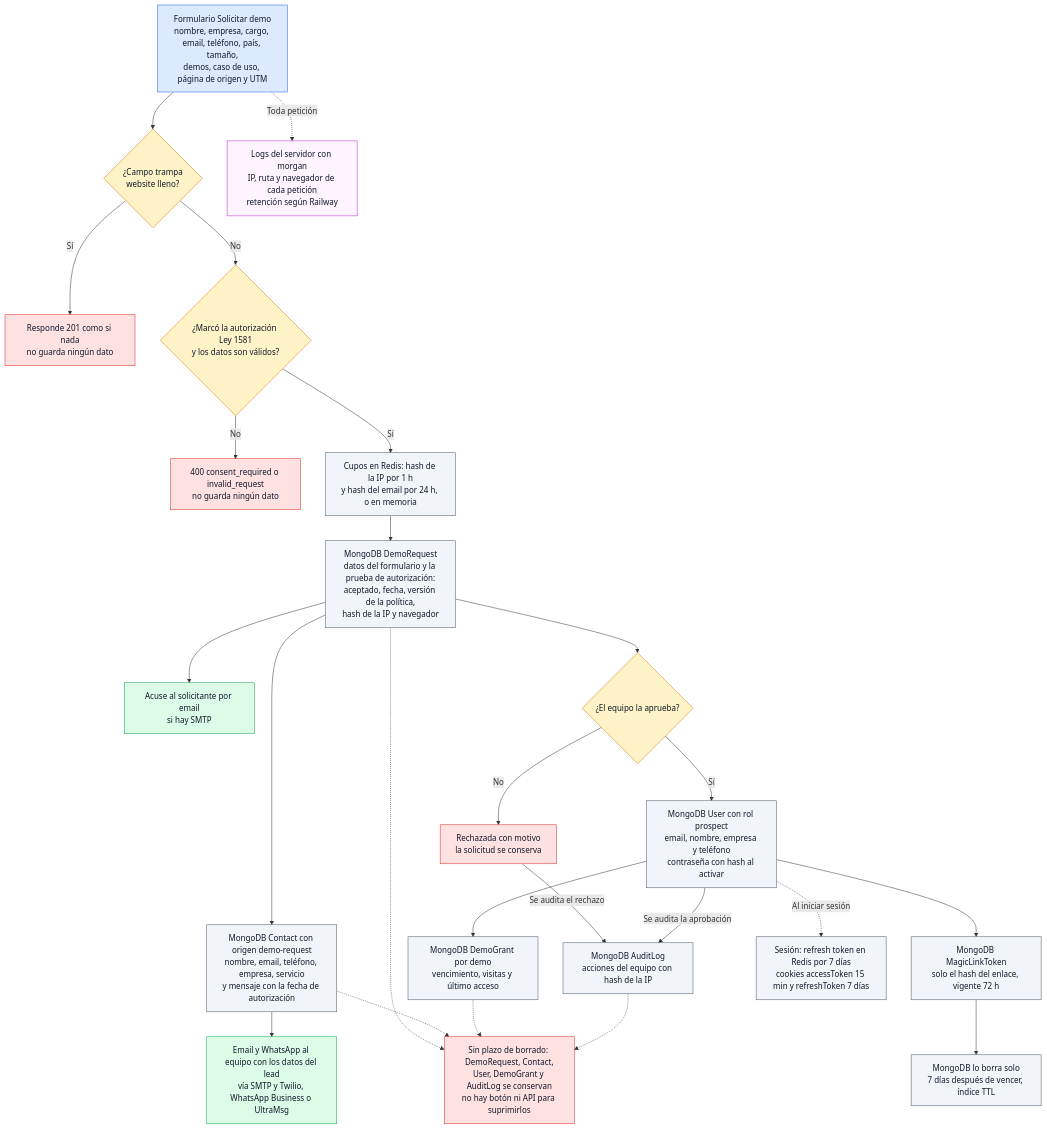
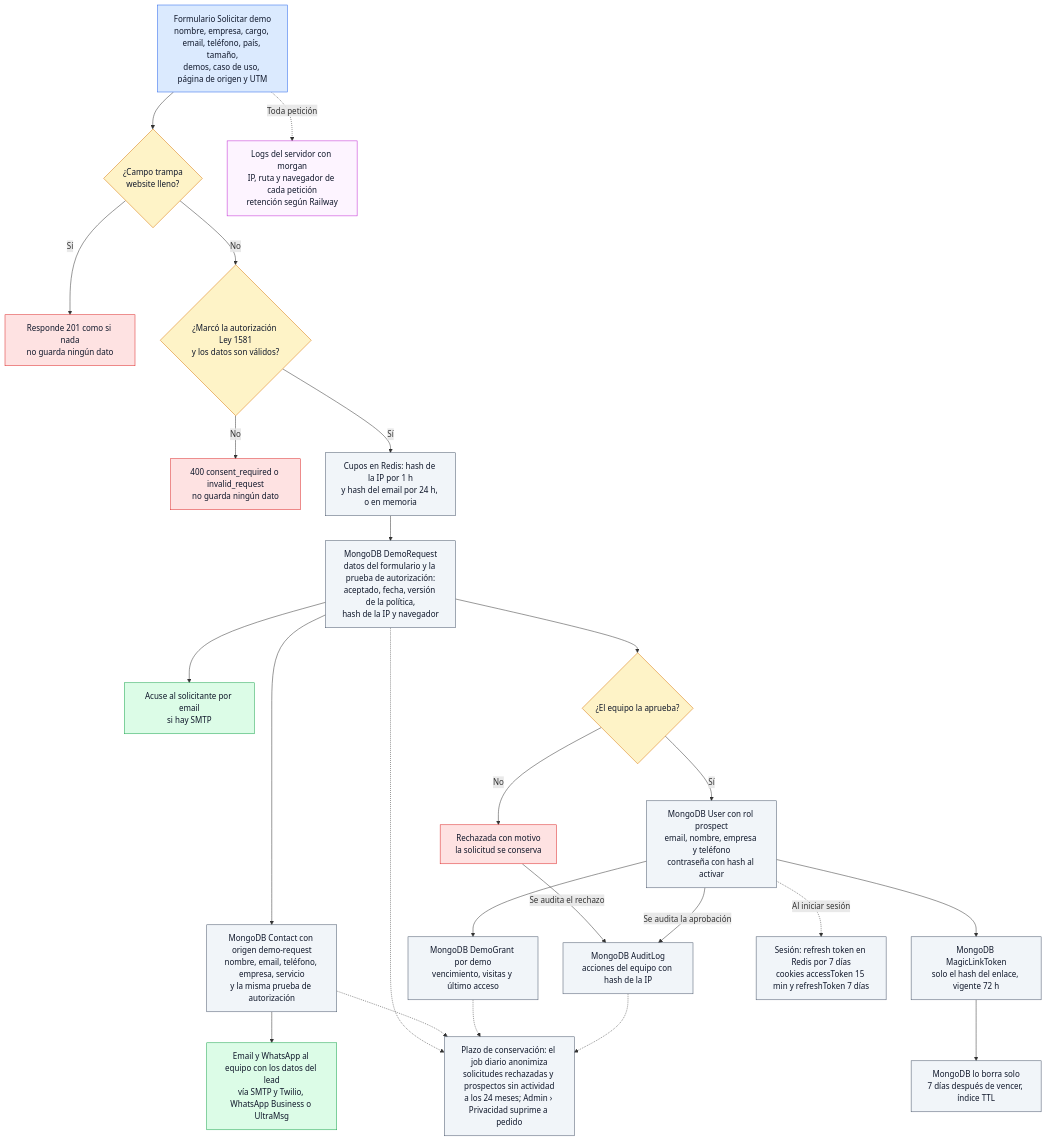
Before and after one commit to ronalc90/koptup: diagram 22 of 24 in docs/wiki/Doc-14-3-Flujos-Tecnicos.md, drawn with Mermaid. The commit also changed other lines of this file and 90 other files, not shown here.

````diff
--- a/docs/wiki/Doc-14-3-Flujos-Tecnicos.md
+++ b/docs/wiki/Doc-14-3-Flujos-Tecnicos.md
@@ -1353,51 +1365,51 @@
 ```mermaid
 flowchart TD
     classDef visitante fill:#dbeafe,stroke:#2563eb,color:#0f172a
     classDef sistema fill:#f1f5f9,stroke:#475569,color:#0f172a
     classDef admin fill:#f3e8ff,stroke:#9333ea,color:#0f172a
     classDef aviso fill:#dcfce7,stroke:#16a34a,color:#0f172a
     classDef decision fill:#fef3c7,stroke:#d97706,color:#0f172a
     classDef error fill:#fee2e2,stroke:#dc2626,color:#0f172a
     classDef externo fill:#fdf4ff,stroke:#c026d3,color:#0f172a
 
     F["Formulario Solicitar demo<br/>nombre, empresa, cargo, email, teléfono, país, tamaño,<br/>demos, caso de uso, página de origen y UTM"]:::visitante
     HP{"¿Campo trampa<br/>website lleno?"}:::decision
     BOT["Responde 201 como si nada<br/>no guarda ningún dato"]:::error
     CS{"¿Marcó la autorización Ley 1581<br/>y los datos son válidos?"}:::decision
     NO["400 consent_required o invalid_request<br/>no guarda ningún dato"]:::error
     RL["Cupos en Redis: hash de la IP por 1 h<br/>y hash del email por 24 h, o en memoria"]:::sistema
     DR["MongoDB DemoRequest<br/>datos del formulario y la prueba de autorización:<br/>aceptado, fecha, versión de la política,<br/>hash de la IP y navegador"]:::sistema
-    CT["MongoDB Contact con origen demo-request<br/>nombre, email, teléfono, empresa, servicio<br/>y mensaje con la fecha de autorización"]:::sistema
+    CT["MongoDB Contact con origen demo-request<br/>nombre, email, teléfono, empresa, servicio<br/>y la misma prueba de autorización"]:::sistema
     NT["Email y WhatsApp al equipo con los datos del lead<br/>vía SMTP y Twilio, WhatsApp Business o UltraMsg"]:::aviso
     AK["Acuse al solicitante por email<br/>si hay SMTP"]:::aviso
     AP{"¿El equipo la aprueba?"}:::decision
     US["MongoDB User con rol prospect<br/>email, nombre, empresa y teléfono<br/>contraseña con hash al activar"]:::sistema
     GR["MongoDB DemoGrant por demo<br/>vencimiento, visitas y último acceso"]:::sistema
     ML["MongoDB MagicLinkToken<br/>solo el hash del enlace, vigente 72 h"]:::sistema
     TTL["MongoDB lo borra solo<br/>7 días después de vencer, índice TTL"]:::sistema
     RJ["Rechazada con motivo<br/>la solicitud se conserva"]:::error
     AU["MongoDB AuditLog<br/>acciones del equipo con hash de la IP"]:::sistema
     SES["Sesión: refresh token en Redis por 7 días<br/>cookies accessToken 15 min y refreshToken 7 días"]:::sistema
-    RET["Sin plazo de borrado: DemoRequest, Contact,<br/>User, DemoGrant y AuditLog se conservan<br/>no hay botón ni API para suprimirlos"]:::error
+    RET["Plazo de conservación: el job diario anonimiza<br/>solicitudes rechazadas y prospectos sin actividad<br/>a los 24 meses; Admin › Privacidad suprime a pedido"]:::sistema
     LG["Logs del servidor con morgan<br/>IP, ruta y navegador de cada petición<br/>retención según Railway"]:::externo
 
     F --> HP
     HP -->|Sí| BOT
     HP -->|No| CS
     CS -->|No| NO
     CS -->|Sí| RL --> DR
     DR --> CT --> NT
     DR --> AK
     DR --> AP
     AP -->|Sí| US --> GR
     US --> ML --> TTL
     AP -->|No| RJ
     RJ -->|Se audita el rechazo| AU
     US -->|Se audita la aprobación| AU
     US -.->|Al iniciar sesión| SES
     DR -.-> RET
     CT -.-> RET
     GR -.-> RET
     AU -.-> RET
     F -.->|Toda petición| LG
 ```
````
